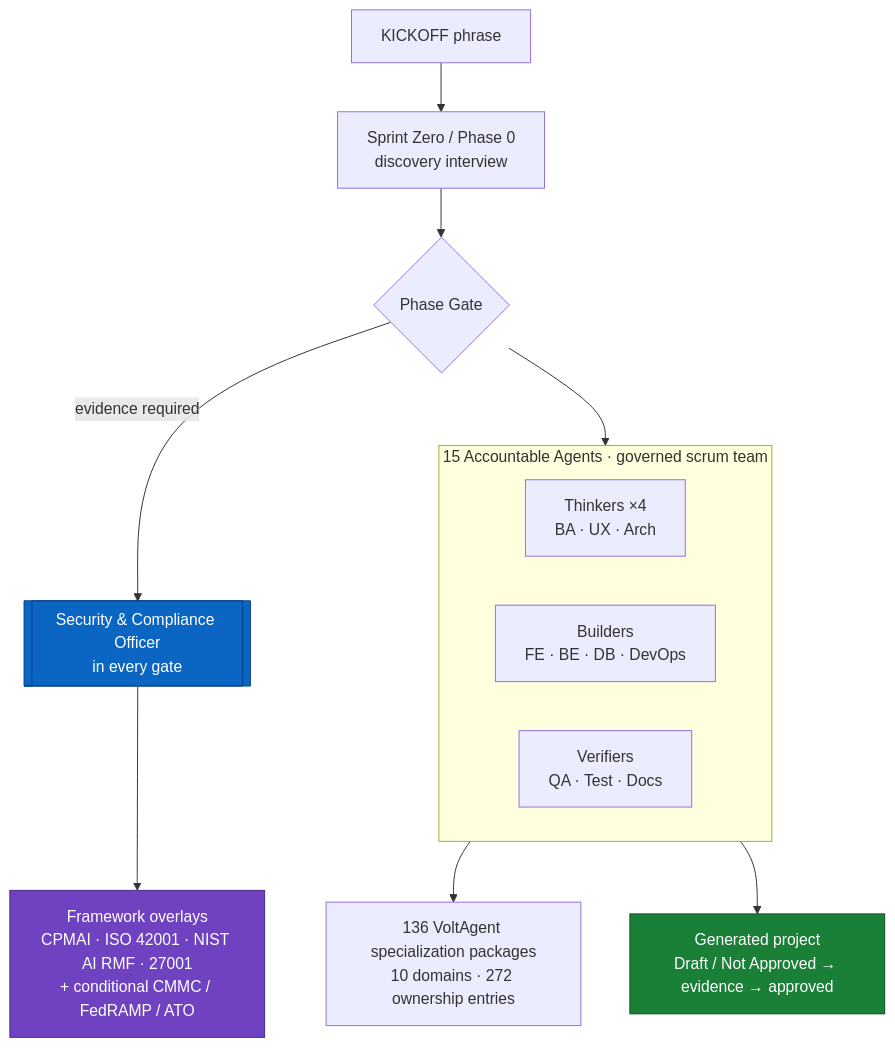
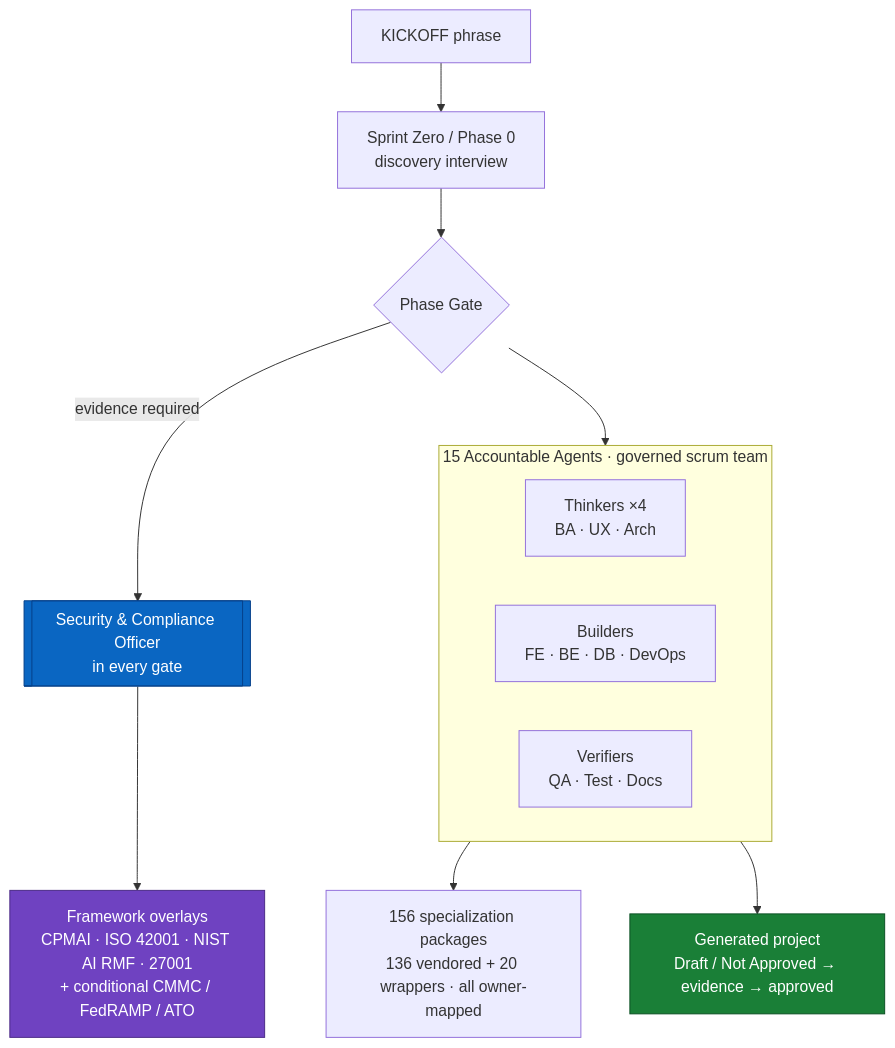
The diagram in README.md (jdavis-cyber/dow-ai-pm-builder-template), drawn with Mermaid before and after one commit. The commit also changed other lines of this file and 38 other files, not shown here.

````diff
--- a/README.md
+++ b/README.md
@@ -32,22 +32,22 @@
 ```mermaid
 flowchart TB
     Kick[KICKOFF phrase] --> SZ[Sprint Zero / Phase 0<br/>discovery interview]
     SZ --> Gate{Phase Gate}
     Gate -->|evidence required| SCO[[Security &amp; Compliance Officer<br/>in every gate]]
 
     subgraph Team [15 Accountable Agents · governed scrum team]
         direction LR
         Think[Thinkers ×4<br/>BA · UX · Arch]
         Build[Builders<br/>FE · BE · DB · DevOps]
         Verify[Verifiers<br/>QA · Test · Docs]
     end
 
     Gate --> Team
-    Team --> Lib[136 VoltAgent specialization packages<br/>10 domains · 272 ownership entries]
+    Team --> Lib[156 specialization packages<br/>136 vendored + 20 wrappers · all owner-mapped]
     SCO --> Frame[Framework overlays<br/>CPMAI · ISO 42001 · NIST AI RMF · 27001<br/>+ conditional CMMC / FedRAMP / ATO]
     Team --> Out[Generated project<br/>Draft / Not Approved → evidence → approved]
 
     style SCO fill:#0A66C2,stroke:#06408a,color:#fff
     style Frame fill:#6f42c1,stroke:#4b2a86,color:#fff
     style Out fill:#1a7f37,stroke:#0b5023,color:#fff
 ```
````
